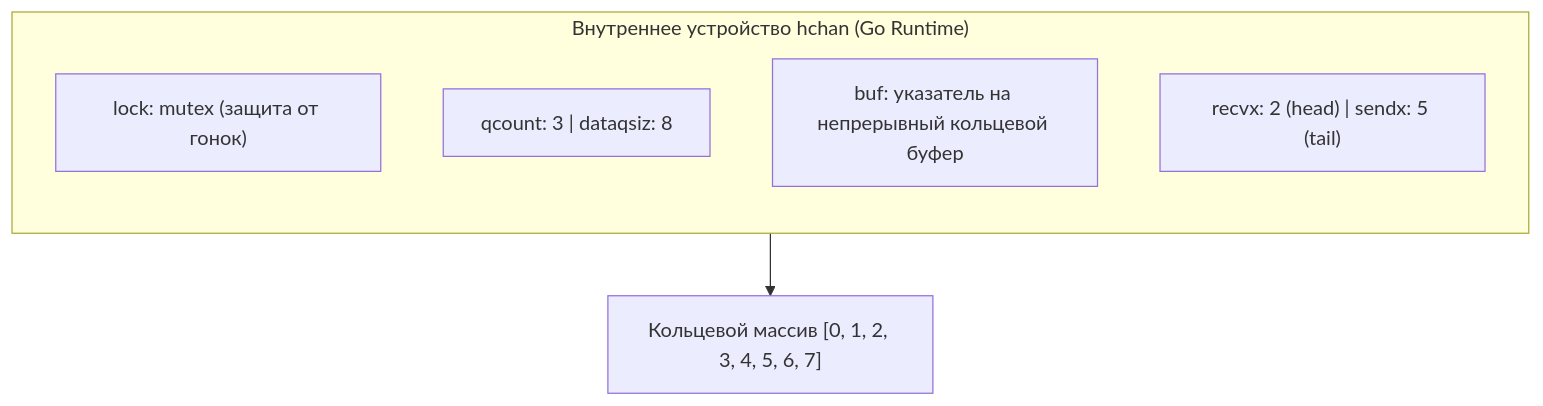
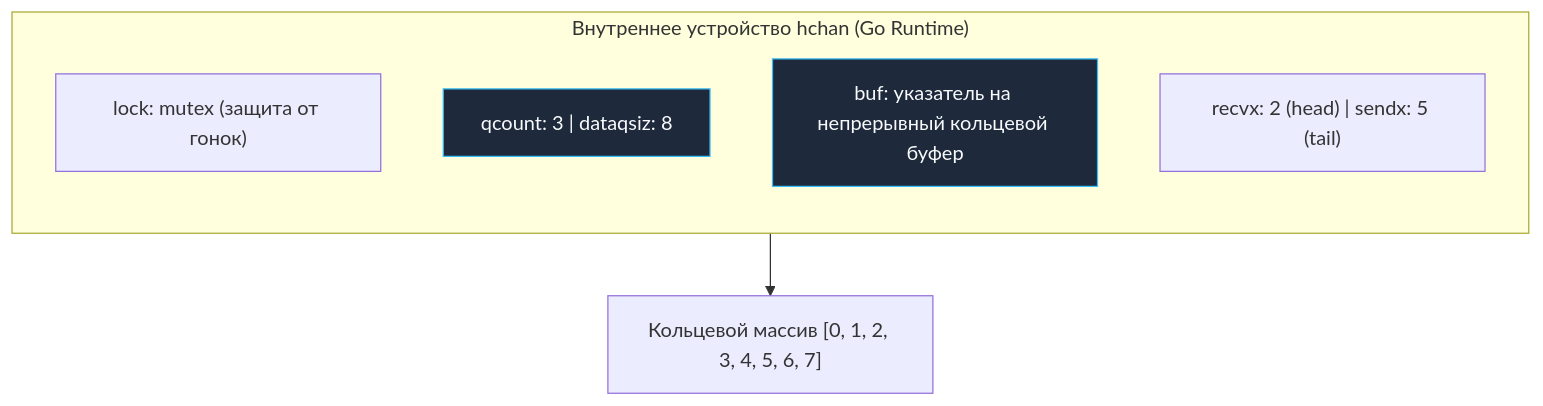
Before and after one commit to UnrealTemplier/go-textbook: the fourth of 4 diagrams in sources/20. Алгоритмы и структуры данных (DSA) на Go/02. Базовые структуры данных/5. Очередь.md, drawn with Mermaid. The commit also changed other lines of this file and 1666 other files, not shown here.

First line of the commit message:
feat(mermaid): add semantic color classDef to 1369 colorless flowchart/graph diagrams

````diff
--- a/sources/20. Алгоритмы и структуры данных (DSA) на Go/02. Базовые структуры данных/5. Очередь.md
+++ b/sources/20. Алгоритмы и структуры данных (DSA) на Go/02. Базовые структуры данных/5. Очередь.md
@@ -190,12 +220,22 @@
 ```mermaid
 flowchart TD
+    classDef process  fill:#1e293b,stroke:#38bdf8,stroke-width:1px,color:#f8fafc
+    classDef success  fill:#064e3b,stroke:#34d399,stroke-width:1px,color:#f8fafc
+    classDef error    fill:#7f1d1d,stroke:#f87171,stroke-width:1px,color:#f8fafc
+    classDef warning  fill:#78350f,stroke:#fbbf24,stroke-width:1px,color:#f8fafc
+    classDef entry    fill:#1e3a5f,stroke:#38bdf8,stroke-width:2px,color:#f8fafc
+    classDef aux      fill:#334155,stroke:#64748b,stroke-width:1px,color:#f8fafc
+    classDef system   fill:#312e81,stroke:#a78bfa,stroke-width:1px,color:#f8fafc
+    classDef data     fill:#132d29,stroke:#2dd4bf,stroke-width:1px,color:#f8fafc
+    classDef network  fill:#881337,stroke:#fb7185,stroke-width:1px,color:#f8fafc
+    classDef accent   fill:#1e1b4b,stroke:#818cf8,stroke-width:1px,color:#f8fafc
     subgraph HchanStructure["Внутреннее устройство hchan (Go Runtime)"]
         direction TB
         lockField["lock: mutex (защита от гонок)"]
-        countField["qcount: 3 | dataqsiz: 8"]
-        ringBuf["buf: указатель на непрерывный кольцевой буфер"]
+        countField["qcount: 3 | dataqsiz: 8"]:::process
+        ringBuf["buf: указатель на непрерывный кольцевой буфер"]:::process
         ptrs["recvx: 2 (head) | sendx: 5 (tail)"]
     end
 
     ringBuf --> PhysicalBuffer["Кольцевой массив [0, 1, 2, 3, 4, 5, 6, 7]"]
 ```
````
